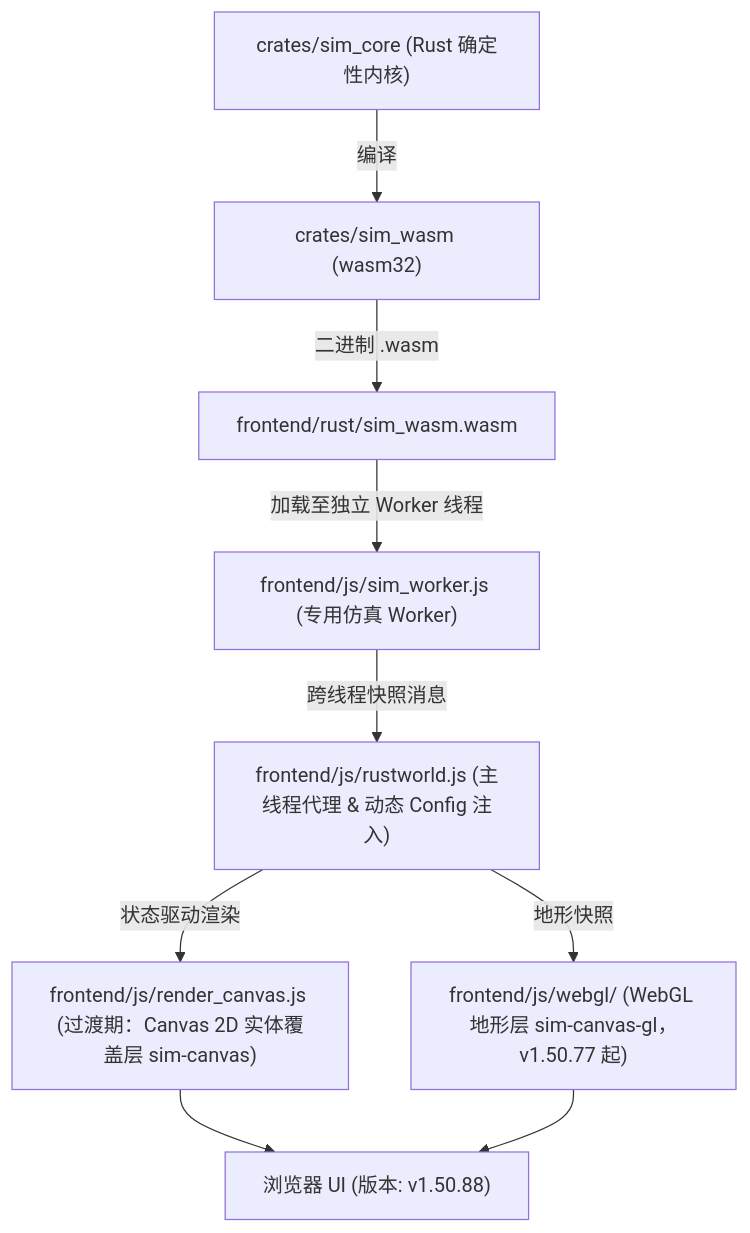
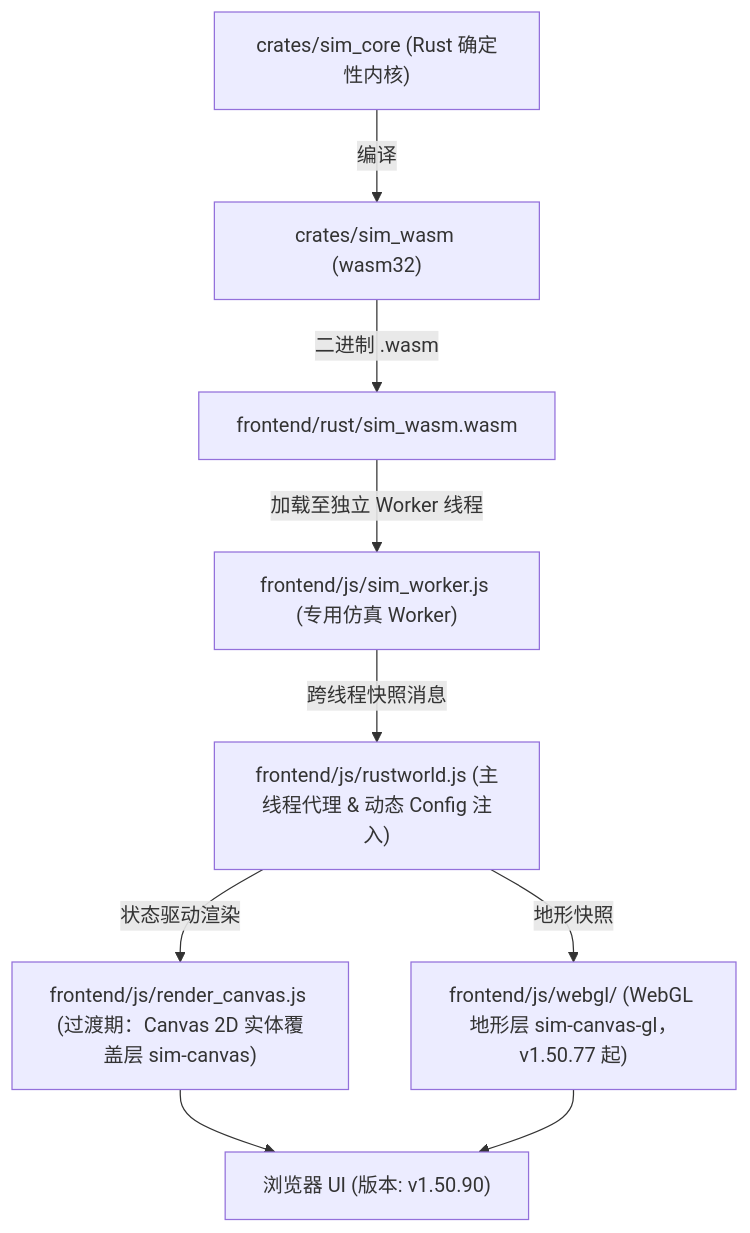
The diagram in AGENTS.md (g39088902/FlowAndAccord), drawn with Mermaid before and after one commit. The commit also changed other lines of this file and 19 other files, not shown here.

````diff
--- a/AGENTS.md
+++ b/AGENTS.md
@@ -62,12 +62,12 @@
 ```mermaid
 graph TD
     A["crates/sim_core (Rust 确定性内核)"] -->|编译| B["crates/sim_wasm (wasm32)"]
     B -->|二进制 .wasm| C["frontend/rust/sim_wasm.wasm"]
     C -->|加载至独立 Worker 线程| D["frontend/js/sim_worker.js (专用仿真 Worker)"]
     D -->|跨线程快照消息| E["frontend/js/rustworld.js (主线程代理 & 动态 Config 注入)"]
     E -->|状态驱动渲染| F["frontend/js/render_canvas.js (过渡期：Canvas 2D 实体覆盖层 sim-canvas)"]
     E -->|地形快照| F2["frontend/js/webgl/ (WebGL 地形层 sim-canvas-gl，v1.50.77 起)"]
-    F --> G["浏览器 UI (版本: v1.50.88)"]
+    F --> G["浏览器 UI (版本: v1.50.90)"]
     F2 --> G
 
 ```
````
